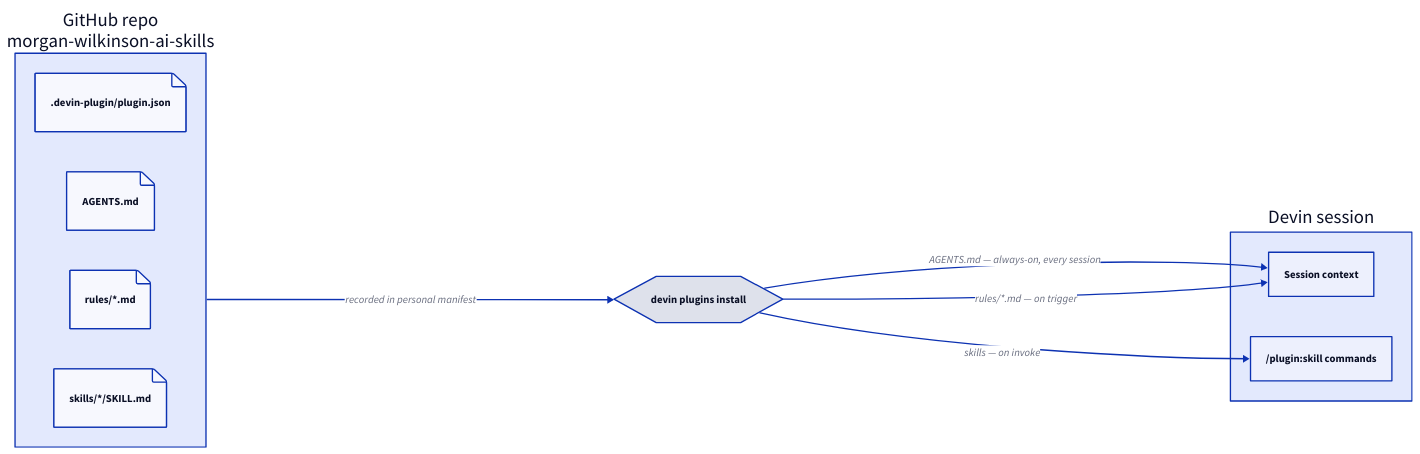
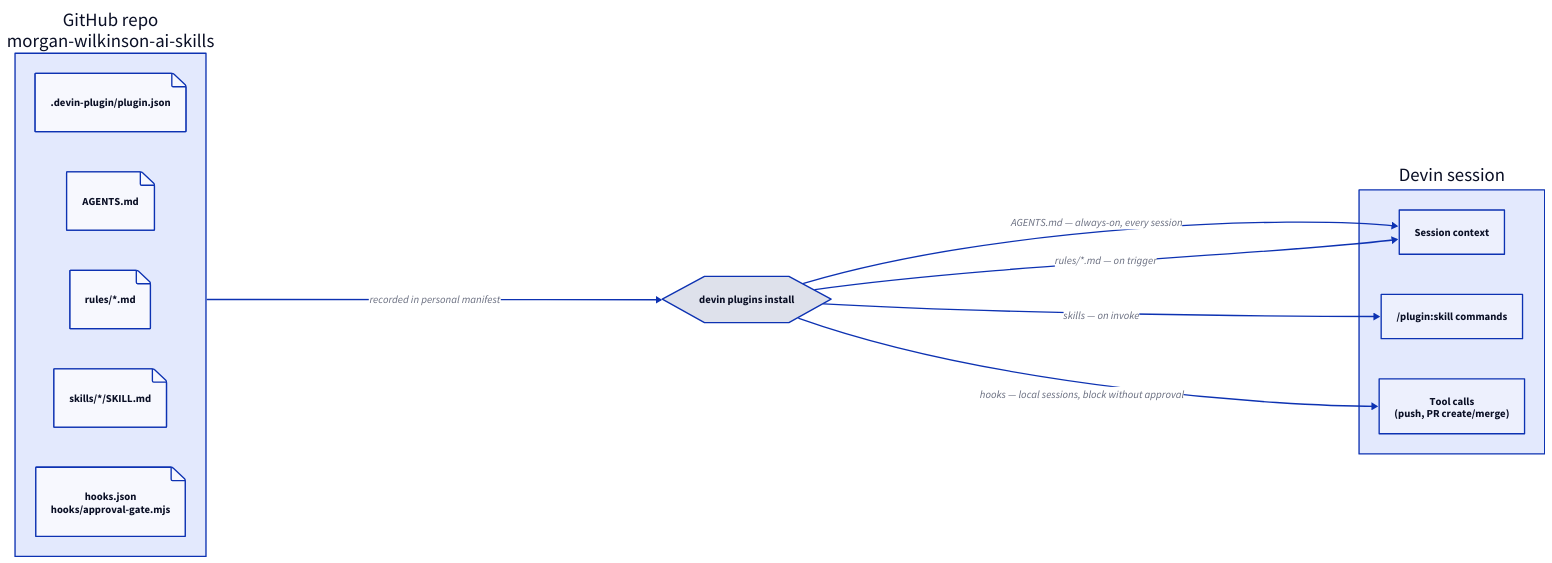
The diagram in docs/diagrams/plugin-structure.d2 (Morgan-WIlkinson98/morgan-wilkinson-ai-skills), drawn with D2 before and after one commit. The commit also changed 13 other files, not shown here.

```diff
--- a/docs/diagrams/plugin-structure.d2
+++ b/docs/diagrams/plugin-structure.d2
@@ -1,30 +1,35 @@
 direction: right
 
 repo: GitHub repo\nmorgan-wilkinson-ai-skills {
   manifest: ".devin-plugin/plugin.json" {
     shape: page
   }
   agents: "AGENTS.md" {
     shape: page
   }
   rules: "rules/*.md" {
     shape: page
   }
   skills: "skills/*/SKILL.md" {
     shape: page
   }
+  hooks: "hooks.json\nhooks/approval-gate.mjs" {
+    shape: page
+  }
 }
 
 install: "devin plugins install" {
   shape: hexagon
 }
 
 session: Devin session {
   ctx: Session context
   slash: "/plugin:skill commands"
+  gate: "Tool calls\n(push, PR create/merge)"
 }
 
 repo -> install: "recorded in personal manifest"
 install -> session.ctx: "AGENTS.md — always-on, every session"
 install -> session.ctx: "rules/*.md — on trigger"
 install -> session.slash: "skills — on invoke"
+install -> session.gate: "hooks — local sessions, block without approval"
```
